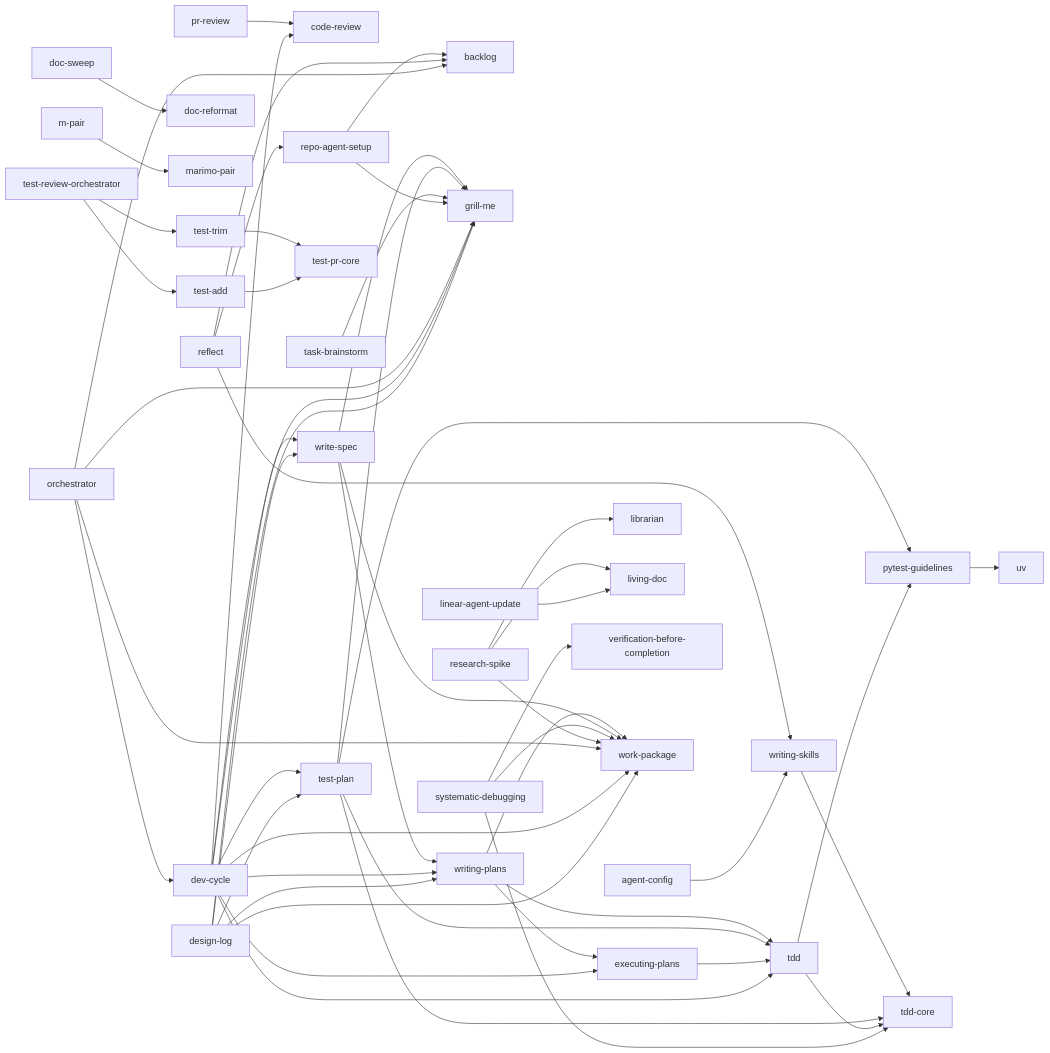
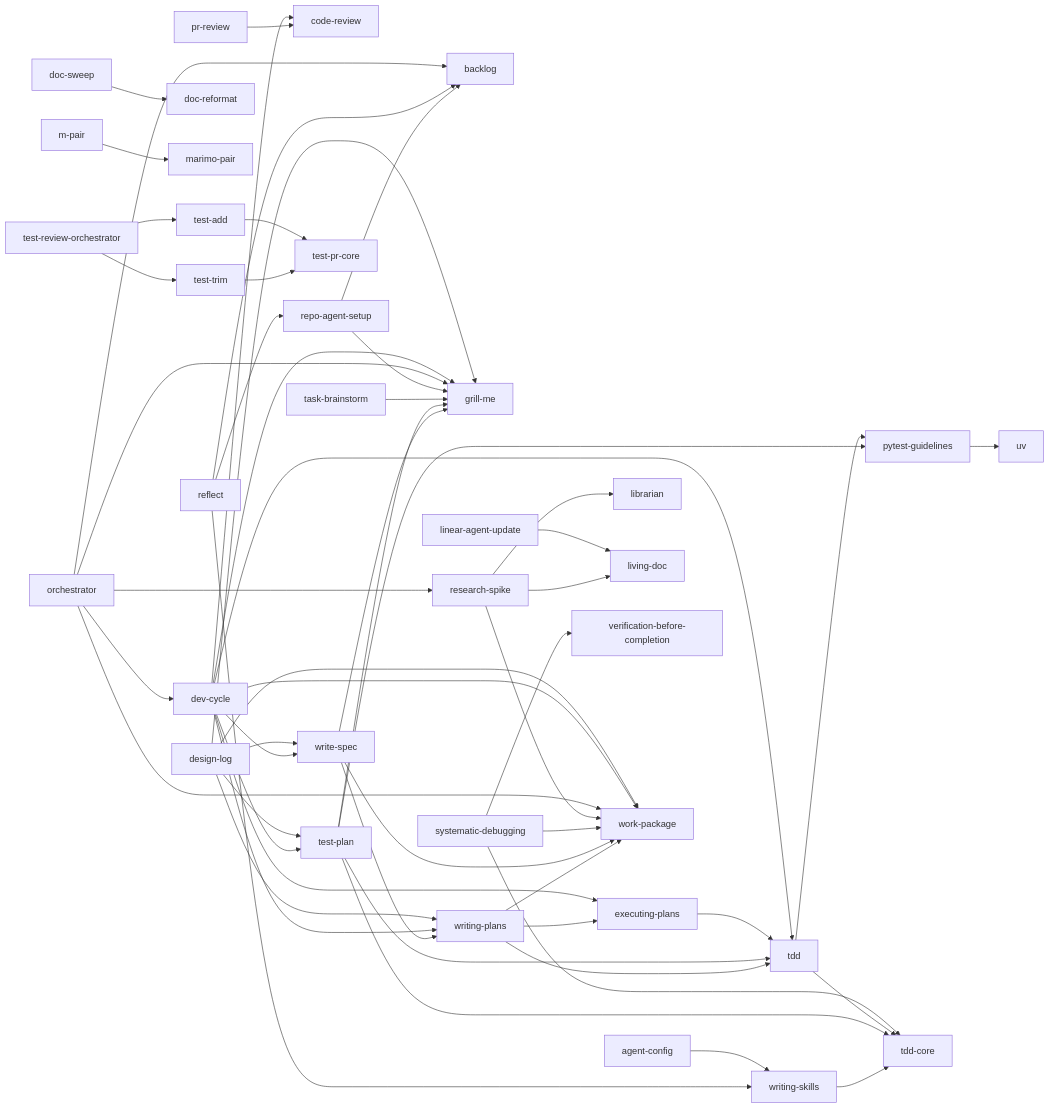
Before and after one commit to Haydeni0/agent-config: the diagram in README.md, drawn with Mermaid. The commit also changed 1 other file, not shown here.

Commit message:
feat(orchestrator): investigate unit runs research-spike

```diff
--- a/README.md
+++ b/README.md
@@ -225,6 +225,7 @@
     orchestrator --> grill_me
     orchestrator --> backlog
     orchestrator --> dev_cycle
+    orchestrator --> research_spike
     orchestrator --> work_package
     pr_review --> code_review
     pytest_guidelines --> uv
```
